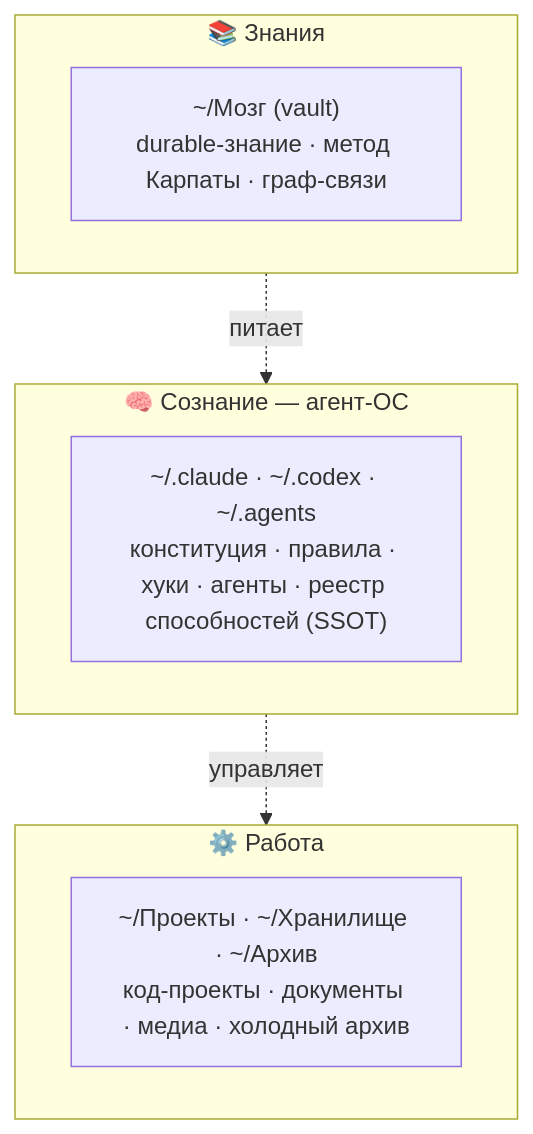
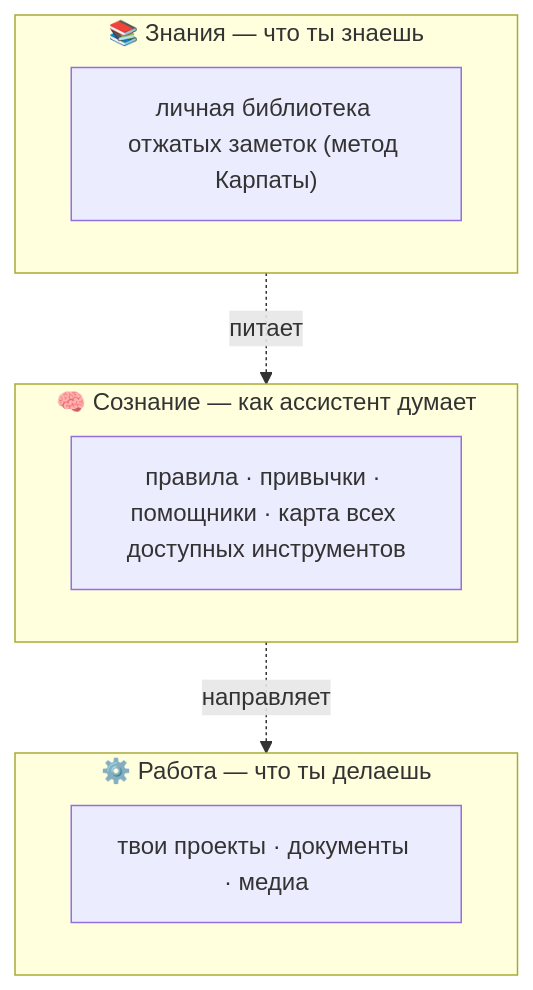
The second of 5 diagrams in README.ru.md (zarubinphil/athena), drawn with Mermaid before and after one commit. The commit also changed other lines of this file and 7 other files, not shown here.

````diff
--- a/README.ru.md
+++ b/README.ru.md
@@ -52,14 +76,14 @@
 ```mermaid
 flowchart TB
-  subgraph P1["🧠 Сознание — агент-ОС"]
-    C["~/.claude · ~/.codex · ~/.agents<br/>конституция · правила · хуки · агенты · реестр способностей (SSOT)"]
+  subgraph P1["🧠 Сознание — как ассистент думает"]
+    C["правила · привычки · помощники · карта всех доступных инструментов"]
   end
-  subgraph P2["📚 Знания"]
-    K["~/Мозг (vault)<br/>durable-знание · метод Карпаты · граф-связи"]
+  subgraph P2["📚 Знания — что ты знаешь"]
+    K["личная библиотека отжатых заметок (метод Карпаты)"]
   end
-  subgraph P3["⚙️ Работа"]
-    W["~/Проекты · ~/Хранилище · ~/Архив<br/>код-проекты · документы · медиа · холодный архив"]
+  subgraph P3["⚙️ Работа — что ты делаешь"]
+    W["твои проекты · документы · медиа"]
   end
-  P1 -.управляет.-> P3
+  P1 -.направляет.-> P3
   P2 -.питает.-> P1
 ```
````
